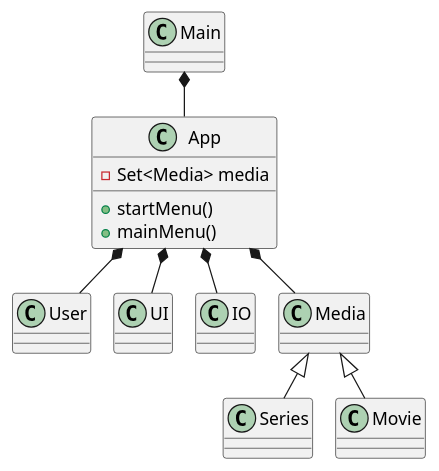
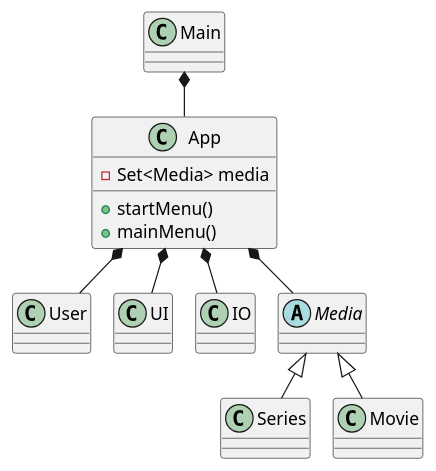
The diagram in Documentation/classDiagram.puml (badranyoussef/SP3), drawn with PlantUML before and after one commit. The commit also changed 2 other files, not shown here.

```diff
--- a/Documentation/classDiagram.puml
+++ b/Documentation/classDiagram.puml
@@ -1,27 +1,26 @@
 @startuml
 'https://plantuml.com/class-diagram
 !pragma layout smetana
 
 class Main
 class App
 class User
 class UI
 class IO
 class Series
 class Movie
-
+abstract Media
 
 Main *-- App
 App *-- User
 App *-- UI
 App *-- IO
 App *-- Media
 Media <|-- Movie
 Media <|-- Series
 
 App : - Set<Media> media
 App : + startMenu()
 App : + mainMenu()
 
-
 @enduml
```
